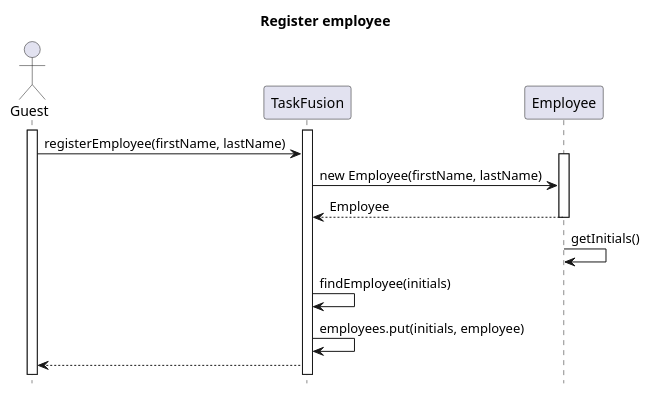
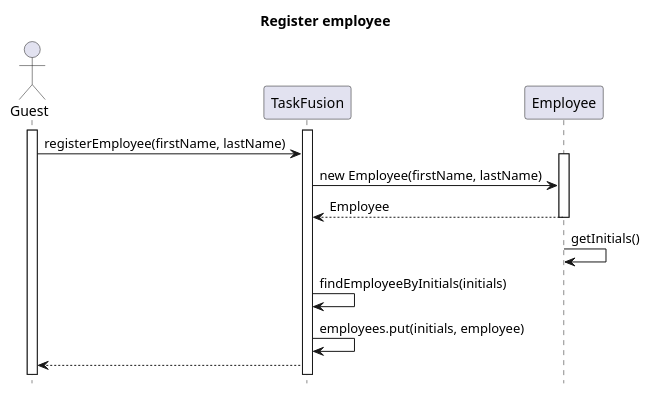
One commit to rwiuff/02161ExamProject changed the diagram in TaskFusion/assets/diagrams/register_employee/seq_1_register_employee.puml. Above: the diagram before and after it, drawn with PlantUML. The commit also changed 13 other files, not shown here.

```diff
--- a/TaskFusion/assets/diagrams/register_employee/seq_1_register_employee.puml
+++ b/TaskFusion/assets/diagrams/register_employee/seq_1_register_employee.puml
@@ -1,25 +1,25 @@
 @startuml seq_1
 hide footbox
 
 title Register employee
 actor "Guest" as guest
 participant "TaskFusion" as app
 participant "Employee" as emp
 
 activate guest
 activate app
 guest -> app: registerEmployee(firstName, lastName)
 
 activate emp
 app -> emp: new Employee(firstName, lastName)
 emp --> app: Employee
 deactivate emp
 
 emp -> emp: getInitials()
 
-app -> app: findEmployee(initials)
+app -> app: findEmployeeByInitials(initials)
 app -> app: employees.put(initials, employee)
 
 app --> guest
 
 @enduml
```
